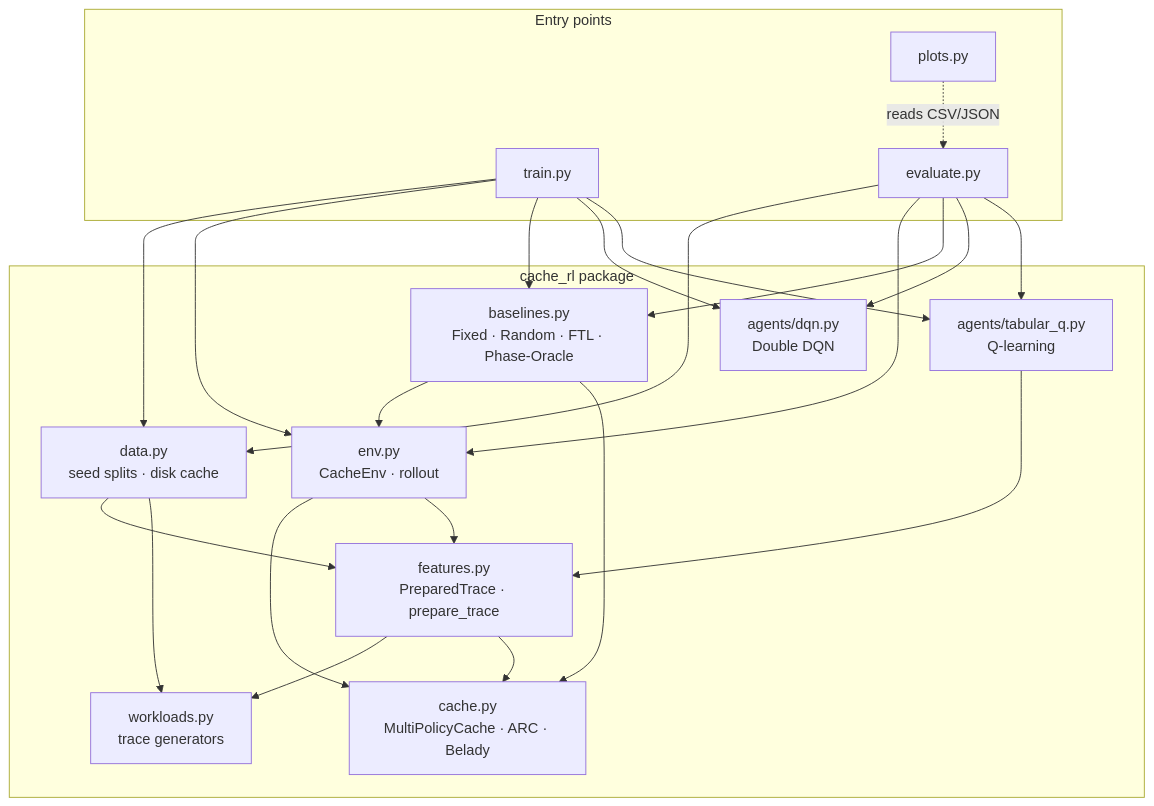
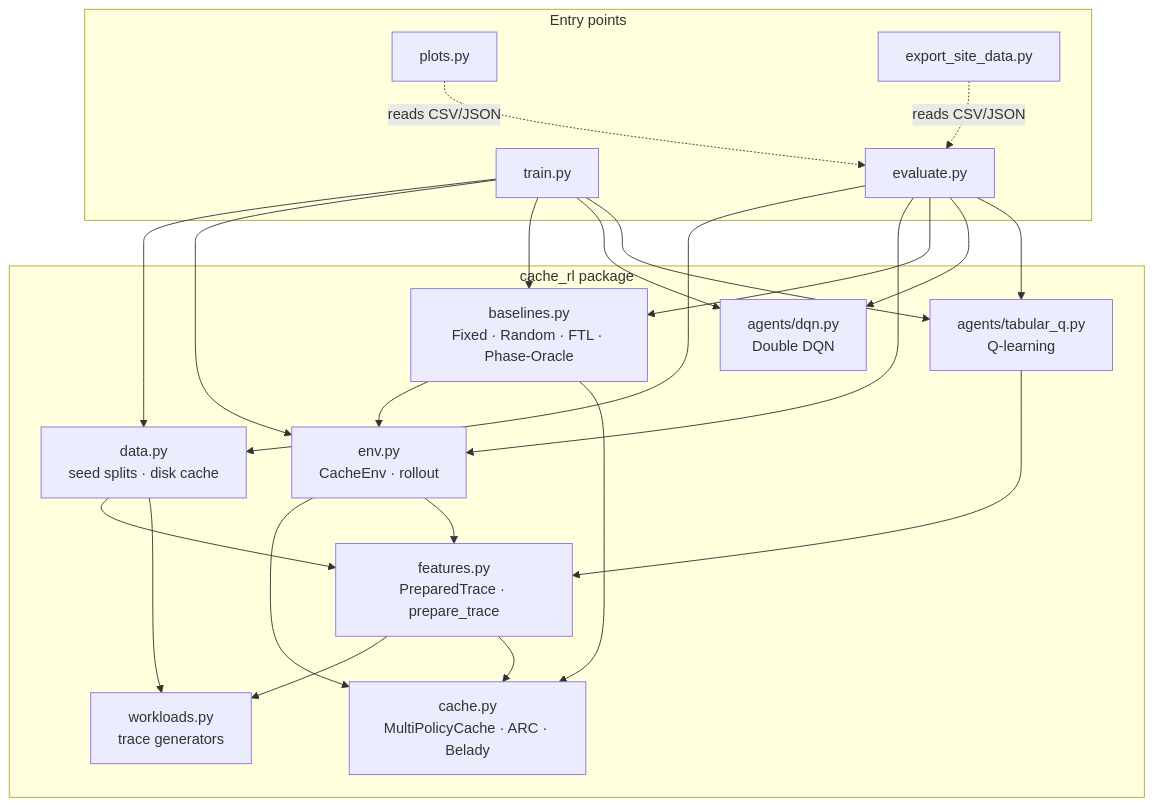
One commit to Damanish/adaptive_cache_replacement_rl changed the second of 5 diagrams in docs/ARCHITECTURE.md. Above: the diagram before and after it, drawn with Mermaid. The commit also changed other lines of this file and 10 other files, not shown here.

````diff
--- a/docs/ARCHITECTURE.md
+++ b/docs/ARCHITECTURE.md
@@ -47,30 +48,32 @@
 ```mermaid
 flowchart TD
     subgraph scripts["Entry points"]
         train[train.py]
         evaluate[evaluate.py]
         plots[plots.py]
+        site[export_site_data.py]
     end
     subgraph pkg["cache_rl package"]
         workloads[workloads.py<br/>trace generators]
         cache[cache.py<br/>MultiPolicyCache · ARC · Belady]
         features[features.py<br/>PreparedTrace · prepare_trace]
         env[env.py<br/>CacheEnv · rollout]
         data[data.py<br/>seed splits · disk cache]
         baselines[baselines.py<br/>Fixed · Random · FTL · Phase-Oracle]
         dqn[agents/dqn.py<br/>Double DQN]
         tq[agents/tabular_q.py<br/>Q-learning]
     end
     features --> workloads
     features --> cache
     env --> cache
     env --> features
     data --> features
     data --> workloads
     baselines --> env
     baselines --> cache
     tq --> features
     train --> data & env & baselines & dqn & tq
     evaluate --> data & env & baselines & dqn & tq
     plots -.reads CSV/JSON.-> evaluate
+    site -.reads CSV/JSON.-> evaluate
 ```
````
